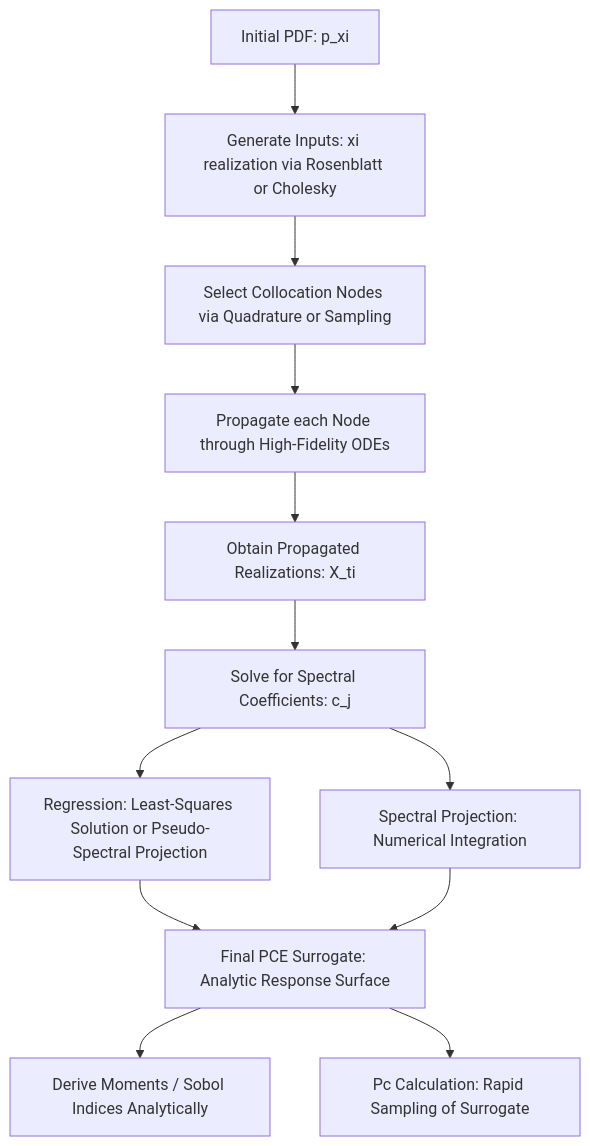
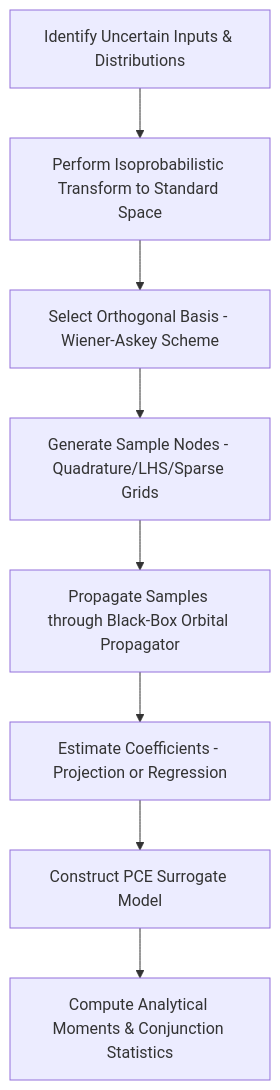
The fifth of 14 diagrams in index.qmd (R16-srihari/Orbital-Uncertainty-Propagation-Literature-Review), drawn with Mermaid before and after one commit. The commit also changed other lines of this file and 9 other files, not shown here.

````diff
--- a/index.qmd
+++ b/index.qmd
@@ -853,14 +734,10 @@
 ```mermaid
 graph TD
-    A[Initial PDF: p_xi] --> B[Generate Inputs: xi realization via Rosenblatt or Cholesky]
-    B --> C[Select Collocation Nodes via Quadrature or Sampling]
-    C --> D[Propagate each Node through High-Fidelity ODEs]
-    D --> E[Obtain Propagated Realizations: X_ti]
-    E --> F[Solve for Spectral Coefficients: c_j]
-    F --> G[Regression: Least-Squares Solution or Pseudo-Spectral Projection]
-    F --> H[Spectral Projection: Numerical Integration]
-    G --> I[Final PCE Surrogate: Analytic Response Surface]
-    H --> I
-    I --> J[Derive Moments / Sobol Indices Analytically]
-    I --> K[Pc Calculation: Rapid Sampling of Surrogate]
+    A[Identify Uncertain Inputs & Distributions] --> B[Perform Isoprobabilistic Transform to Standard Space]
+    B --> C[Select Orthogonal Basis - Wiener-Askey Scheme]
+    C --> D[Generate Sample Nodes - Quadrature/LHS/Sparse Grids]
+    D --> E[Propagate Samples through Black-Box Orbital Propagator]
+    E --> F[Estimate Coefficients - Projection or Regression]
+    F --> G[Construct PCE Surrogate Model]
+    G --> H[Compute Analytical Moments & Conjunction Statistics]
 ```
````
